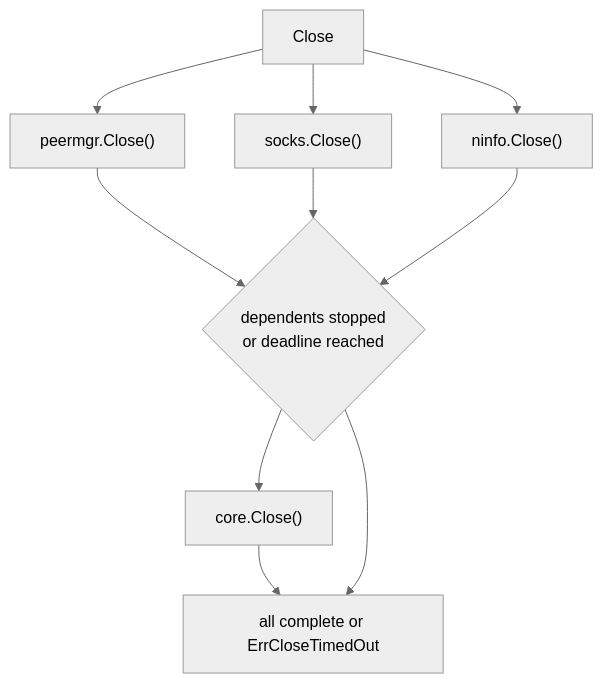
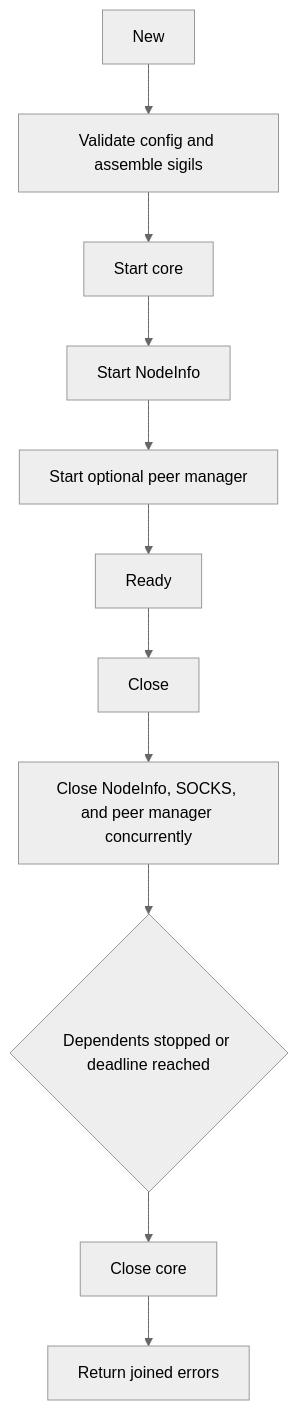
One commit to voluminor/ratatoskr changed the second of 2 diagrams in README.md. Above: the diagram before and after it, drawn with Mermaid (neutral theme). The commit also changed other lines of this file and 3 other files, not shown here.

````diff
--- a/README.md
+++ b/README.md
@@ -393,12 +421,13 @@
 ```mermaid
-flowchart TD
-  Close --> PM["peermgr.Close()"]
-  Close --> S1["socks.Close()"]
-  Close --> S15["ninfo.Close()"]
-  PM --> Gate{"dependents stopped<br/>or deadline reached"}
-  S1 --> Gate
-  S15 --> Gate
-  Gate --> S2["core.Close()"]
-  S2 --> Done
-  Gate --> Done["all complete or ErrCloseTimedOut"]
+flowchart TB
+  New["New"] --> Assemble["Validate config and assemble sigils"]
+  Assemble --> StartCore["Start core"]
+  StartCore --> StartNInfo["Start NodeInfo"]
+  StartNInfo --> Optional["Start optional peer manager"]
+  Optional --> Ready["Ready"]
+  Ready --> Close["Close"]
+  Close --> Dependents["Close NodeInfo, SOCKS, and peer manager concurrently"]
+  Dependents --> Gate{"Dependents stopped or deadline reached"}
+  Gate --> CloseCore["Close core"]
+  CloseCore --> Done["Return joined errors"]
 ```
````
